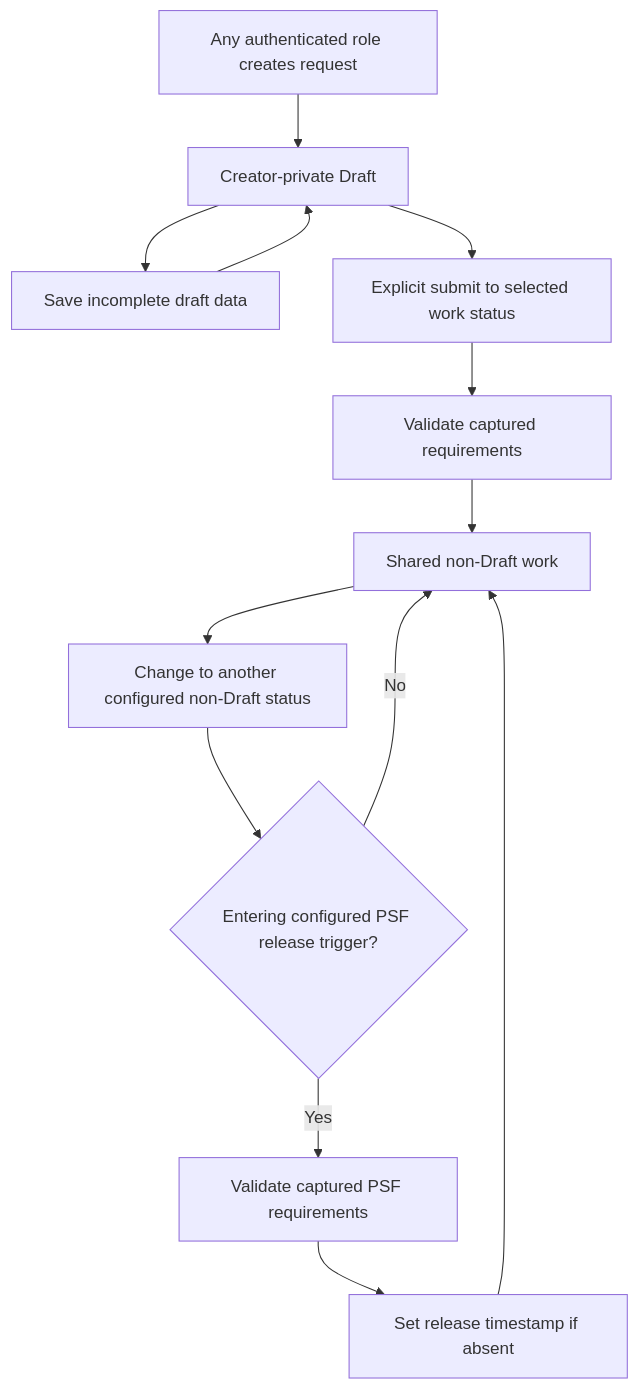
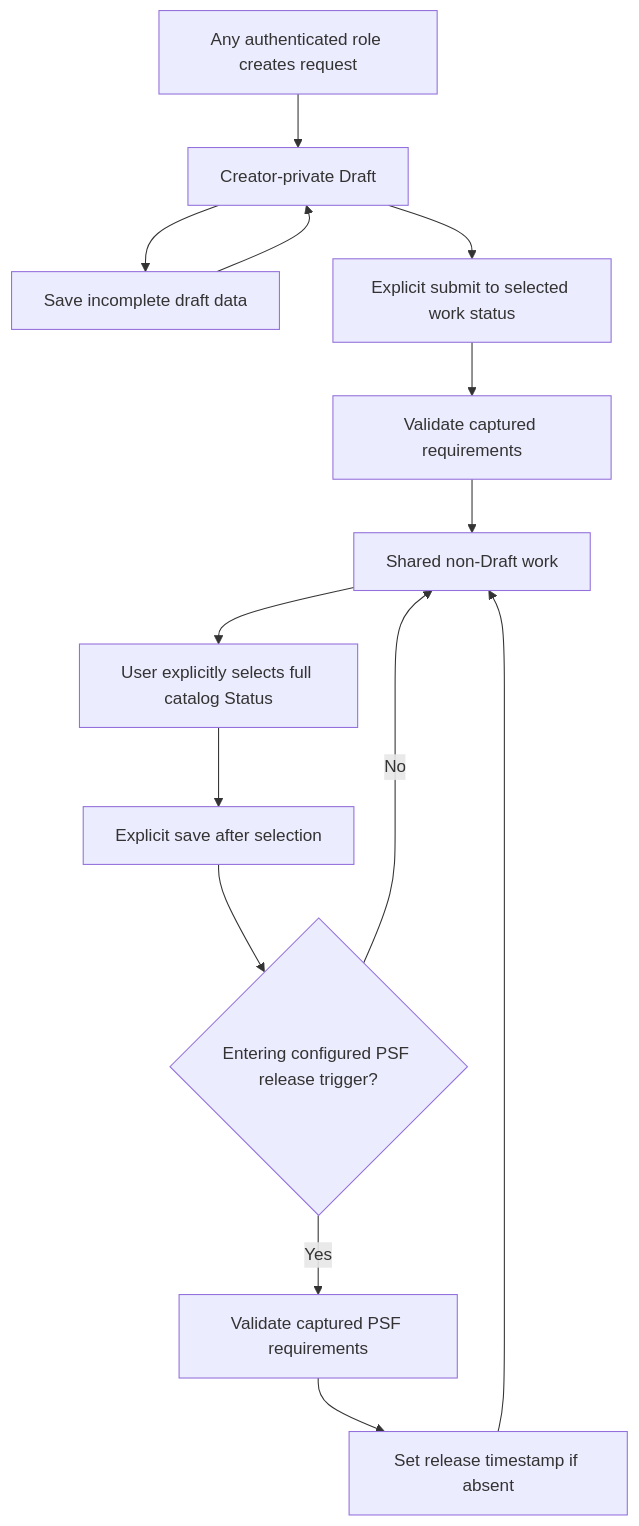
Before and after one commit to Kasidet4531/Web-Request-setup-file: the third of 5 diagrams in docs/diagrams.md, drawn with Mermaid. The commit also changed other lines of this file and 608 other files, not shown here.

````diff
--- a/docs/diagrams.md
+++ b/docs/diagrams.md
@@ -52,15 +52,16 @@
 ```mermaid
 flowchart TD
   Create[Any authenticated role creates request] --> Draft[Creator-private Draft]
   Draft --> Save[Save incomplete draft data]
   Save --> Draft
   Draft --> Submit[Explicit submit to selected work status]
   Submit --> Validate[Validate captured requirements]
   Validate --> Shared[Shared non-Draft work]
-  Shared --> Status[Change to another configured non-Draft status]
+  Shared --> Choice[User explicitly selects full catalog Status]
+  Choice --> Status[Explicit save after selection]
   Status --> Trigger{Entering configured PSF release trigger?}
   Trigger -->|Yes| PsfCheck[Validate captured PSF requirements]
   PsfCheck --> Release[Set release timestamp if absent]
   Trigger -->|No| Shared
   Release --> Shared
 ```
````
